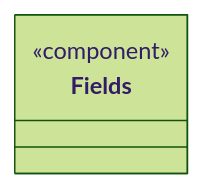
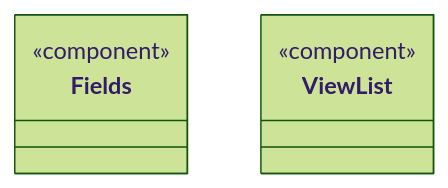
Before and after one commit to nan023062/cbim: the second of 2 diagrams in src/framework-ui/widgets/ARCHITECTURE.md, drawn with Mermaid (forest theme). The commit also changed other lines of this file and 43 other files, not shown here.

````diff
--- a/src/framework-ui/widgets/ARCHITECTURE.md
+++ b/src/framework-ui/widgets/ARCHITECTURE.md
@@ -60,7 +64,11 @@
 ```mermaid
 classDiagram
 class N_f5e9570bf7f4["Fields"] {
   <<component>>
 }
 click N_f5e9570bf7f4 href "Fields.tsx"
+class N_d2f30baea027["ViewList"] {
+  <<component>>
+}
+click N_d2f30baea027 href "ViewList.tsx"
 ```
````
